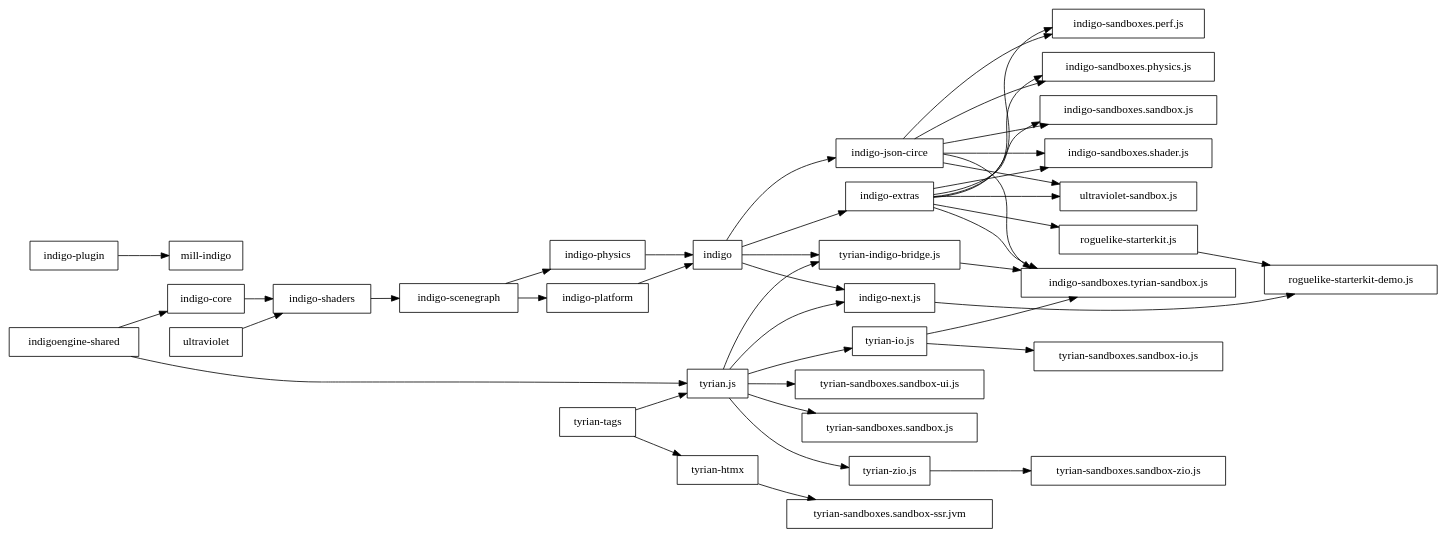
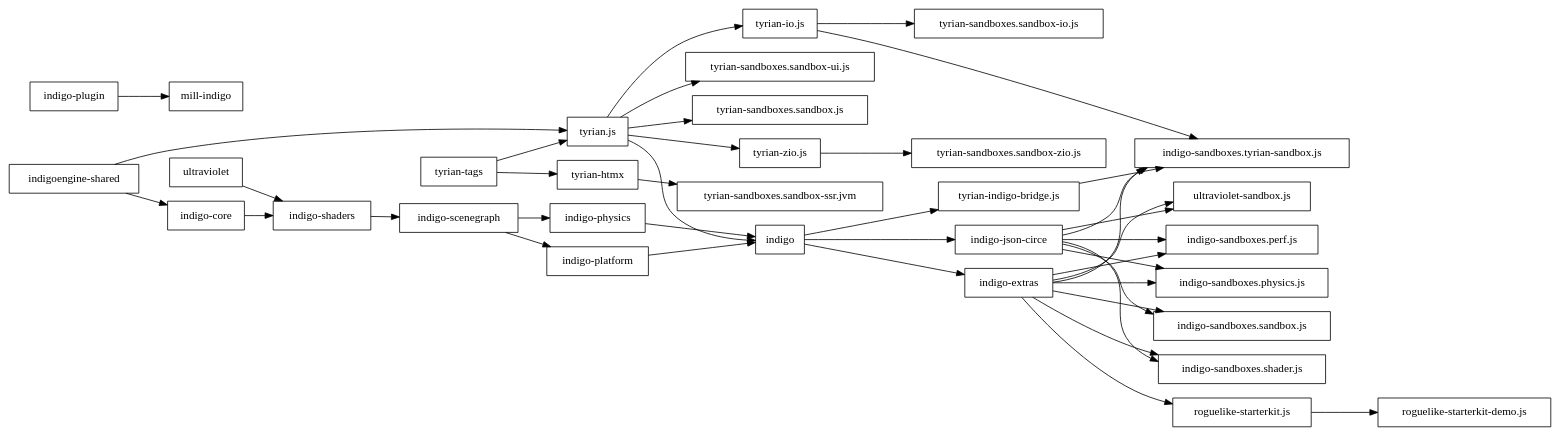
Before and after one commit to PurpleKingdomGames/indigoengine: the diagram in diagrams/indigoengine.dot, drawn with Graphviz.

Commit message:
Updated diagram

```diff
--- a/diagrams/indigoengine.dot
+++ b/diagrams/indigoengine.dot
@@ -1,77 +1,73 @@
 digraph "module-deps" {
   graph ["rankdir"="LR"]
   "indigo" ["style"="solid","shape"="box"]
   "indigo-core" ["style"="solid","shape"="box"]
   "indigo-extras" ["style"="solid","shape"="box"]
   "indigo-json-circe" ["style"="solid","shape"="box"]
-  "indigo-next.js" ["style"="solid","shape"="box"]
   "indigo-physics" ["style"="solid","shape"="box"]
   "indigo-platform" ["style"="solid","shape"="box"]
   "indigo-plugin" ["style"="solid","shape"="box"]
   "indigo-sandboxes.perf.js" ["style"="solid","shape"="box"]
   "indigo-sandboxes.physics.js" ["style"="solid","shape"="box"]
   "indigo-sandboxes.sandbox.js" ["style"="solid","shape"="box"]
   "indigo-sandboxes.shader.js" ["style"="solid","shape"="box"]
   "indigo-sandboxes.tyrian-sandbox.js" ["style"="solid","shape"="box"]
   "indigo-scenegraph" ["style"="solid","shape"="box"]
   "indigo-shaders" ["style"="solid","shape"="box"]
   "indigoengine-shared" ["style"="solid","shape"="box"]
   "mill-indigo" ["style"="solid","shape"="box"]
   "roguelike-starterkit-demo.js" ["style"="solid","shape"="box"]
   "roguelike-starterkit.js" ["style"="solid","shape"="box"]
   "tyrian-htmx" ["style"="solid","shape"="box"]
   "tyrian-indigo-bridge.js" ["style"="solid","shape"="box"]
   "tyrian-io.js" ["style"="solid","shape"="box"]
   "tyrian-sandboxes.sandbox-io.js" ["style"="solid","shape"="box"]
   "tyrian-sandboxes.sandbox-ssr.jvm" ["style"="solid","shape"="box"]
   "tyrian-sandboxes.sandbox-ui.js" ["style"="solid","shape"="box"]
   "tyrian-sandboxes.sandbox-zio.js" ["style"="solid","shape"="box"]
   "tyrian-sandboxes.sandbox.js" ["style"="solid","shape"="box"]
   "tyrian-tags" ["style"="solid","shape"="box"]
   "tyrian-zio.js" ["style"="solid","shape"="box"]
   "tyrian.js" ["style"="solid","shape"="box"]
   "ultraviolet" ["style"="solid","shape"="box"]
   "ultraviolet-sandbox.js" ["style"="solid","shape"="box"]
   "indigo" -> "indigo-extras"
   "indigo" -> "indigo-json-circe"
-  "indigo" -> "indigo-next.js"
   "indigo" -> "tyrian-indigo-bridge.js"
   "indigo-core" -> "indigo-shaders"
   "indigo-extras" -> "indigo-sandboxes.perf.js"
   "indigo-extras" -> "indigo-sandboxes.physics.js"
   "indigo-extras" -> "indigo-sandboxes.sandbox.js"
   "indigo-extras" -> "indigo-sandboxes.shader.js"
   "indigo-extras" -> "indigo-sandboxes.tyrian-sandbox.js"
   "indigo-extras" -> "roguelike-starterkit.js"
   "indigo-extras" -> "ultraviolet-sandbox.js"
   "indigo-json-circe" -> "indigo-sandboxes.perf.js"
   "indigo-json-circe" -> "indigo-sandboxes.physics.js"
   "indigo-json-circe" -> "indigo-sandboxes.sandbox.js"
   "indigo-json-circe" -> "indigo-sandboxes.shader.js"
   "indigo-json-circe" -> "indigo-sandboxes.tyrian-sandbox.js"
   "indigo-json-circe" -> "ultraviolet-sandbox.js"
-  "indigo-next.js" -> "roguelike-starterkit-demo.js"
   "indigo-physics" -> "indigo"
   "indigo-platform" -> "indigo"
   "indigo-plugin" -> "mill-indigo"
   "indigo-scenegraph" -> "indigo-physics"
   "indigo-scenegraph" -> "indigo-platform"
   "indigo-shaders" -> "indigo-scenegraph"
   "indigoengine-shared" -> "indigo-core"
   "indigoengine-shared" -> "tyrian.js"
   "roguelike-starterkit.js" -> "roguelike-starterkit-demo.js"
   "tyrian-htmx" -> "tyrian-sandboxes.sandbox-ssr.jvm"
   "tyrian-indigo-bridge.js" -> "indigo-sandboxes.tyrian-sandbox.js"
   "tyrian-io.js" -> "indigo-sandboxes.tyrian-sandbox.js"
   "tyrian-io.js" -> "tyrian-sandboxes.sandbox-io.js"
   "tyrian-tags" -> "tyrian-htmx"
   "tyrian-tags" -> "tyrian.js"
   "tyrian-zio.js" -> "tyrian-sandboxes.sandbox-zio.js"
-  "tyrian.js" -> "indigo-next.js"
-  "tyrian.js" -> "tyrian-indigo-bridge.js"
+  "tyrian.js" -> "indigo"
   "tyrian.js" -> "tyrian-io.js"
   "tyrian.js" -> "tyrian-sandboxes.sandbox-ui.js"
   "tyrian.js" -> "tyrian-sandboxes.sandbox.js"
   "tyrian.js" -> "tyrian-zio.js"
   "ultraviolet" -> "indigo-shaders"
 }
```
